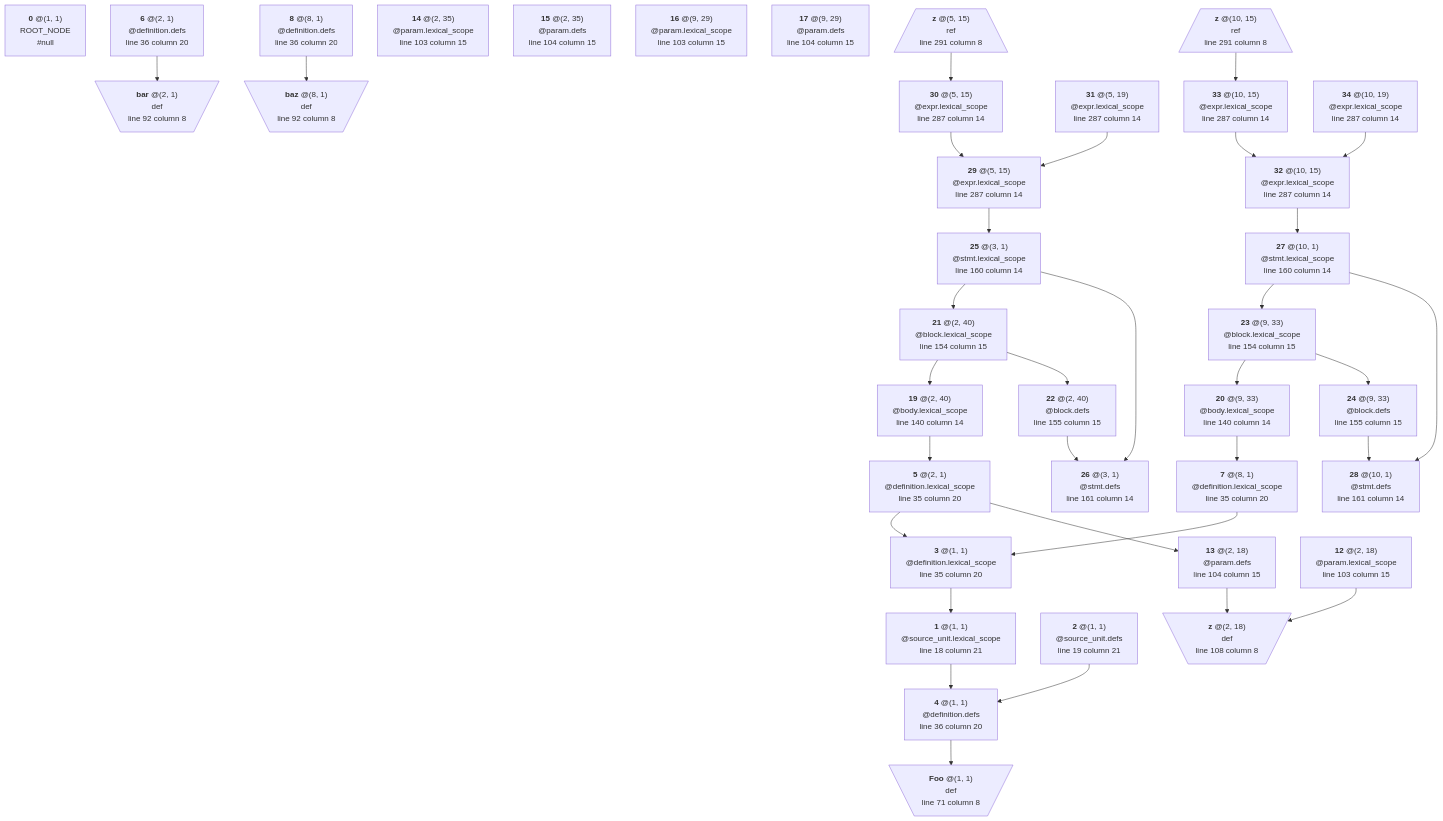
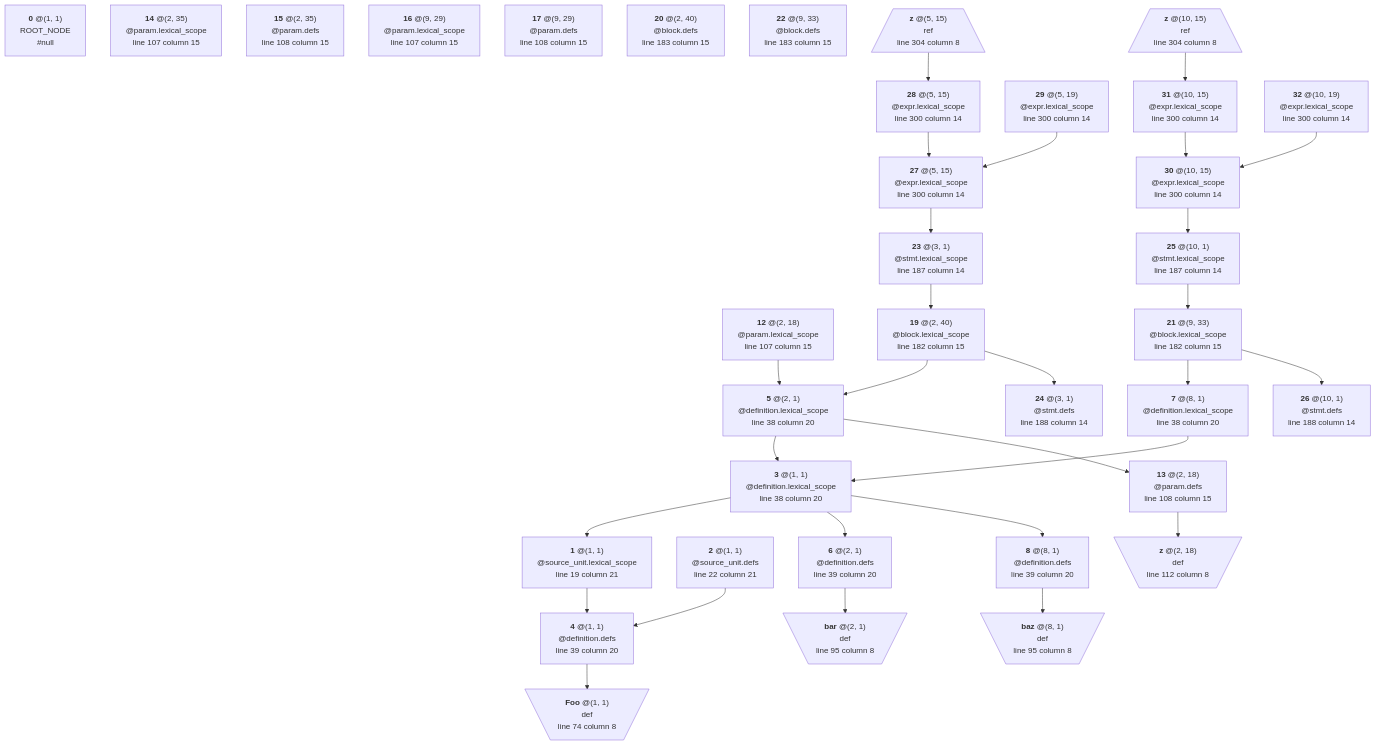
The diagram in crates/solidity/testing/snapshots/bindings/lexical/generated/params.sol.mmd (manastech/slang), drawn with Mermaid before and after one commit. The commit also changed 6 other files, not shown here.

```diff
--- a/crates/solidity/testing/snapshots/bindings/lexical/generated/params.sol.mmd
+++ b/crates/solidity/testing/snapshots/bindings/lexical/generated/params.sol.mmd
@@ -1,143 +1,133 @@
 graph TD
 	N0["`**0** @(1, 1)
 ROOT_NODE
 #null`"]
 	N1["`**1** @(1, 1)
 @source_unit.lexical_scope
-line 18 column 21`"]
+line 19 column 21`"]
 	N1 --> N4
 	N2["`**2** @(1, 1)
 @source_unit.defs
-line 19 column 21`"]
+line 22 column 21`"]
 	N2 --> N4
 	N3["`**3** @(1, 1)
 @definition.lexical_scope
-line 35 column 20`"]
+line 38 column 20`"]
 	N3 --> N1
+	N3 --> N6
+	N3 --> N8
 	N4["`**4** @(1, 1)
 @definition.defs
-line 36 column 20`"]
+line 39 column 20`"]
 	N4 --> N9
 	N5["`**5** @(2, 1)
 @definition.lexical_scope
-line 35 column 20`"]
+line 38 column 20`"]
 	N5 --> N3
 	N5 --> N13
 	N6["`**6** @(2, 1)
 @definition.defs
-line 36 column 20`"]
+line 39 column 20`"]
 	N6 --> N10
 	N7["`**7** @(8, 1)
 @definition.lexical_scope
-line 35 column 20`"]
+line 38 column 20`"]
 	N7 --> N3
 	N8["`**8** @(8, 1)
 @definition.defs
-line 36 column 20`"]
+line 39 column 20`"]
 	N8 --> N11
 	N9[\"`**Foo** @(1, 1)
 def
-line 71 column 8`"/]
+line 74 column 8`"/]
 	N10[\"`**bar** @(2, 1)
 def
-line 92 column 8`"/]
+line 95 column 8`"/]
 	N11[\"`**baz** @(8, 1)
 def
-line 92 column 8`"/]
+line 95 column 8`"/]
 	N12["`**12** @(2, 18)
 @param.lexical_scope
-line 103 column 15`"]
-	N12 --> N18
+line 107 column 15`"]
+	N12 --> N5
 	N13["`**13** @(2, 18)
 @param.defs
-line 104 column 15`"]
+line 108 column 15`"]
 	N13 --> N18
 	N14["`**14** @(2, 35)
 @param.lexical_scope
-line 103 column 15`"]
+line 107 column 15`"]
 	N15["`**15** @(2, 35)
 @param.defs
-line 104 column 15`"]
+line 108 column 15`"]
 	N16["`**16** @(9, 29)
 @param.lexical_scope
-line 103 column 15`"]
+line 107 column 15`"]
 	N17["`**17** @(9, 29)
 @param.defs
-line 104 column 15`"]
+line 108 column 15`"]
 	N18[\"`**z** @(2, 18)
 def
-line 108 column 8`"/]
+line 112 column 8`"/]
 	N19["`**19** @(2, 40)
-@body.lexical_scope
-line 140 column 14`"]
+@block.lexical_scope
+line 182 column 15`"]
 	N19 --> N5
-	N20["`**20** @(9, 33)
-@body.lexical_scope
-line 140 column 14`"]
-	N20 --> N7
-	N21["`**21** @(2, 40)
+	N19 --> N24
+	N20["`**20** @(2, 40)
+@block.defs
+line 183 column 15`"]
+	N21["`**21** @(9, 33)
 @block.lexical_scope
-line 154 column 15`"]
-	N21 --> N19
-	N21 --> N22
-	N22["`**22** @(2, 40)
+line 182 column 15`"]
+	N21 --> N7
+	N21 --> N26
+	N22["`**22** @(9, 33)
 @block.defs
-line 155 column 15`"]
-	N22 --> N26
-	N23["`**23** @(9, 33)
-@block.lexical_scope
-line 154 column 15`"]
-	N23 --> N20
-	N23 --> N24
-	N24["`**24** @(9, 33)
-@block.defs
-line 155 column 15`"]
-	N24 --> N28
-	N25["`**25** @(3, 1)
+line 183 column 15`"]
+	N23["`**23** @(3, 1)
 @stmt.lexical_scope
-line 160 column 14`"]
+line 187 column 14`"]
+	N23 --> N19
+	N24["`**24** @(3, 1)
+@stmt.defs
+line 188 column 14`"]
+	N25["`**25** @(10, 1)
+@stmt.lexical_scope
+line 187 column 14`"]
 	N25 --> N21
-	N25 --> N26
-	N26["`**26** @(3, 1)
+	N26["`**26** @(10, 1)
 @stmt.defs
-line 161 column 14`"]
-	N27["`**27** @(10, 1)
-@stmt.lexical_scope
-line 160 column 14`"]
+line 188 column 14`"]
+	N27["`**27** @(5, 15)
+@expr.lexical_scope
+line 300 column 14`"]
 	N27 --> N23
-	N27 --> N28
-	N28["`**28** @(10, 1)
-@stmt.defs
-line 161 column 14`"]
-	N29["`**29** @(5, 15)
+	N28["`**28** @(5, 15)
 @expr.lexical_scope
-line 287 column 14`"]
-	N29 --> N25
-	N30["`**30** @(5, 15)
+line 300 column 14`"]
+	N28 --> N27
+	N29["`**29** @(5, 19)
 @expr.lexical_scope
-line 287 column 14`"]
-	N30 --> N29
-	N31["`**31** @(5, 19)
+line 300 column 14`"]
+	N29 --> N27
+	N30["`**30** @(10, 15)
 @expr.lexical_scope
-line 287 column 14`"]
-	N31 --> N29
-	N32["`**32** @(10, 15)
+line 300 column 14`"]
+	N30 --> N25
+	N31["`**31** @(10, 15)
 @expr.lexical_scope
-line 287 column 14`"]
-	N32 --> N27
-	N33["`**33** @(10, 15)
+line 300 column 14`"]
+	N31 --> N30
+	N32["`**32** @(10, 19)
 @expr.lexical_scope
-line 287 column 14`"]
-	N33 --> N32
-	N34["`**34** @(10, 19)
-@expr.lexical_scope
-line 287 column 14`"]
-	N34 --> N32
-	N35[/"`**z** @(5, 15)
+line 300 column 14`"]
+	N32 --> N30
+	N33[/"`**z** @(5, 15)
 ref
-line 291 column 8`"\]
-	N35 --> N30
-	N36[/"`**z** @(10, 15)
+line 304 column 8`"\]
+	N33 --> N28
+	N34[/"`**z** @(10, 15)
 ref
-line 291 column 8`"\]
-	N36 --> N33
+line 304 column 8`"\]
+	N34 --> N31
```
